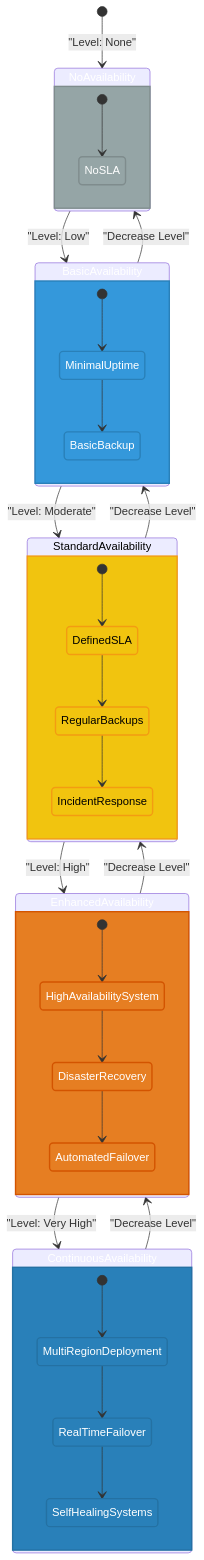
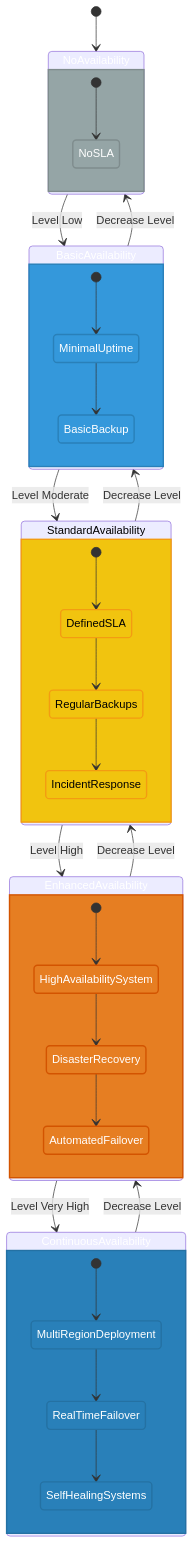
One commit to Hack23/cia-compliance-manager changed the seventh of 7 diagrams in docs/architecture/STATEDIAGRAM.md. Above: the diagram before and after it, drawn with Mermaid. The commit also changed other lines of this file, not shown here.

Commit message:
fix(docs): enhance clarity in STATEDIAGRAM.md by removing unnecessary line breaks and improving state descriptions

````diff
--- a/docs/architecture/STATEDIAGRAM.md
+++ b/docs/architecture/STATEDIAGRAM.md
@@ -315,53 +315,53 @@
 ```mermaid
 stateDiagram-v2
-    [*] --> NoAvailability: "Level: None"
+    [*] --> NoAvailability
     
-    NoAvailability --> BasicAvailability: "Level: Low"
-    BasicAvailability --> StandardAvailability: "Level: Moderate"
-    StandardAvailability --> EnhancedAvailability: "Level: High"
-    EnhancedAvailability --> ContinuousAvailability: "Level: Very High"
+    NoAvailability --> BasicAvailability: Level Low
+    BasicAvailability --> StandardAvailability: Level Moderate
+    StandardAvailability --> EnhancedAvailability: Level High
+    EnhancedAvailability --> ContinuousAvailability: Level Very High
     
-    ContinuousAvailability --> EnhancedAvailability: "Decrease Level"
-    EnhancedAvailability --> StandardAvailability: "Decrease Level"
-    StandardAvailability --> BasicAvailability: "Decrease Level"
-    BasicAvailability --> NoAvailability: "Decrease Level"
+    ContinuousAvailability --> EnhancedAvailability: Decrease Level
+    EnhancedAvailability --> StandardAvailability: Decrease Level
+    StandardAvailability --> BasicAvailability: Decrease Level
+    BasicAvailability --> NoAvailability: Decrease Level
     
     state NoAvailability {
         [*] --> NoSLA
     }
     
     state BasicAvailability {
         [*] --> MinimalUptime
         MinimalUptime --> BasicBackup
     }
     
     state StandardAvailability {
         [*] --> DefinedSLA
         DefinedSLA --> RegularBackups
         RegularBackups --> IncidentResponse
     }
     
     state EnhancedAvailability {
         [*] --> HighAvailabilitySystem
         HighAvailabilitySystem --> DisasterRecovery
         DisasterRecovery --> AutomatedFailover
     }
     
     state ContinuousAvailability {
         [*] --> MultiRegionDeployment
         MultiRegionDeployment --> RealTimeFailover
         RealTimeFailover --> SelfHealingSystems
     }
     
     classDef none fill:#95a5a6,stroke:#7f8c8d,stroke-width:2px,color:white
     classDef low fill:#3498db,stroke:#2980b9,stroke-width:2px,color:white
     classDef moderate fill:#f1c40f,stroke:#f39c12,stroke-width:2px,color:black
     classDef high fill:#e67e22,stroke:#d35400,stroke-width:2px,color:white
     classDef veryhigh fill:#2980b9,stroke:#2471a3,stroke-width:2px,color:white
     
     class NoAvailability,NoSLA none
     class BasicAvailability,MinimalUptime,BasicBackup low
     class StandardAvailability,DefinedSLA,RegularBackups,IncidentResponse moderate
     class EnhancedAvailability,HighAvailabilitySystem,DisasterRecovery,AutomatedFailover high
     class ContinuousAvailability,MultiRegionDeployment,RealTimeFailover,SelfHealingSystems veryhigh
 ```
````
